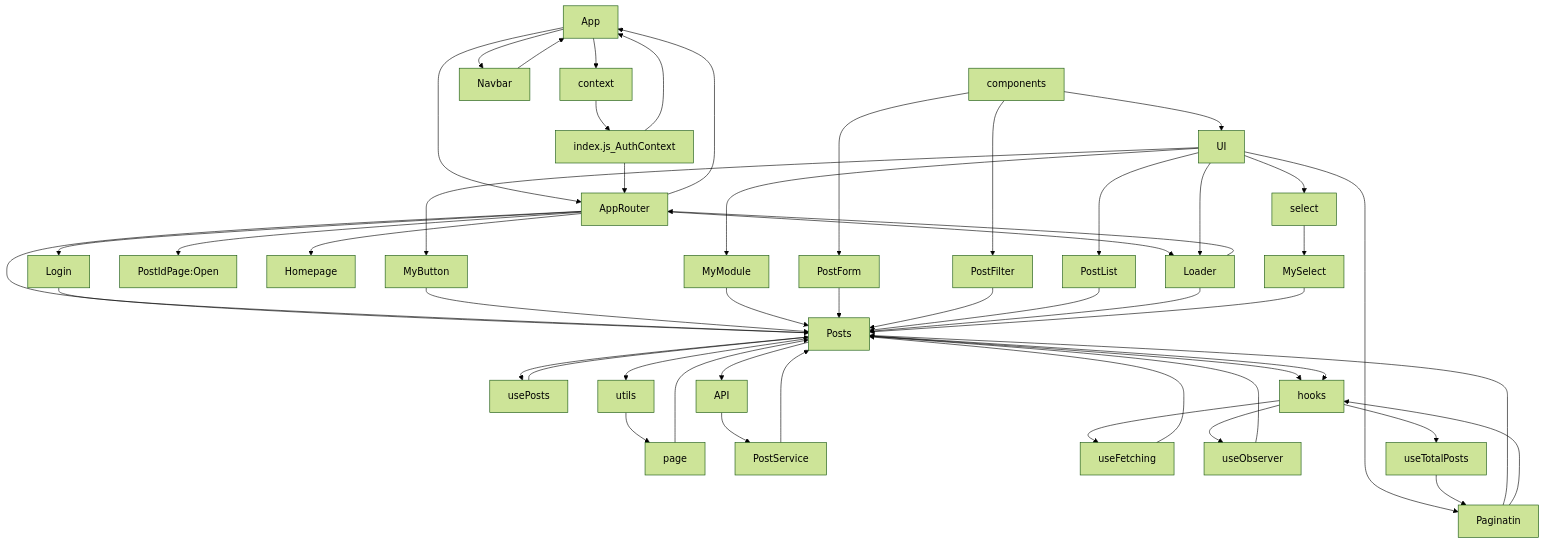
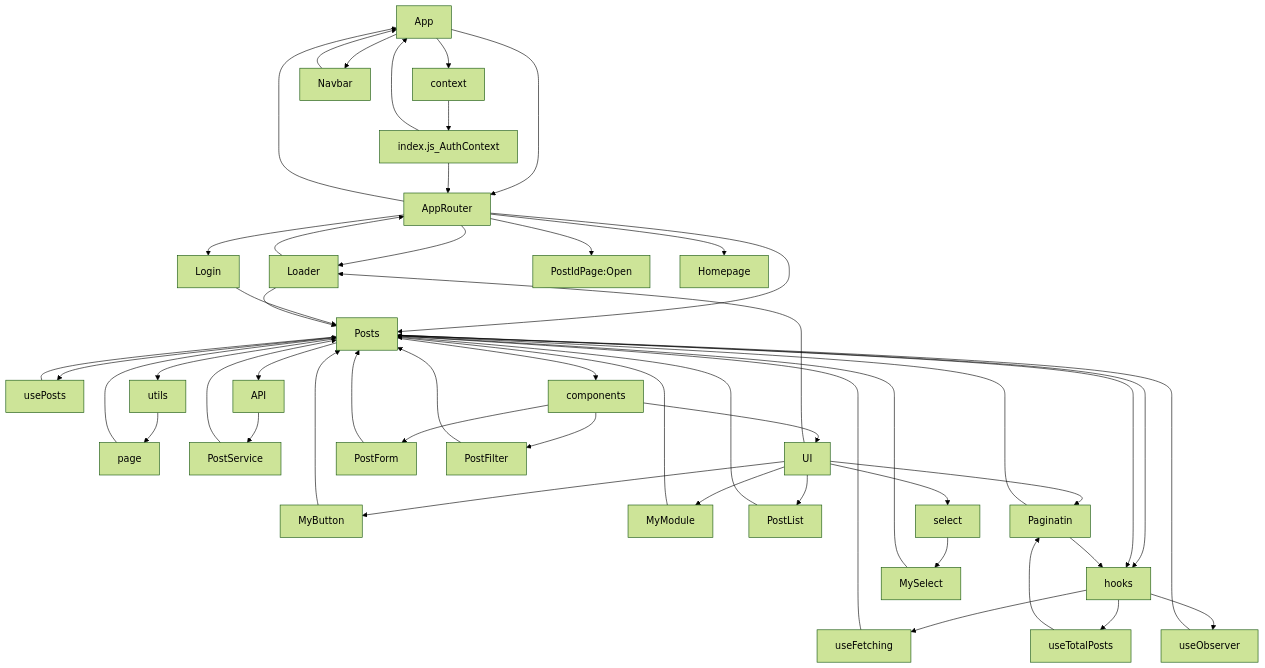
Before and after one commit to Freeze35/test-react-project: the first of 2 diagrams in README.md, drawn with Mermaid (forest theme).

````diff
--- a/README.md
+++ b/README.md
@@ -112,40 +112,40 @@
 ```mermaid
 graph TD;
    App-->context-->index.js_AuthContext-->App
    App-->Navbar
    App-->AppRouter
    Navbar-->App
    AppRouter-->App
    index.js_AuthContext-->AppRouter
    AppRouter-->Loader
    Loader-->AppRouter
    AppRouter-->Posts
    AppRouter-->Login
    Login-->Posts
    AppRouter-->PostIdPage:Open
    AppRouter-->Homepage
    Posts-->usePosts-->Posts
    Posts-->utils-->page-->Posts
    Posts-->API-->PostService-->Posts
-   components-->UI-->MyButton
+   Posts-->components-->UI-->MyButton
    MyButton-->Posts
    UI-->MyModule-->Posts
    components-->PostForm
    PostForm-->Posts
    components-->PostFilter
    PostFilter-->Posts
    UI-->PostList
    PostList-->Posts
    UI-->Loader
    Loader-->Posts
    UI-->Paginatin
    Paginatin-->Posts
    Posts-->hooks-->useFetching
    useFetching-->Posts
    Posts-->hooks-->useObserver
    useObserver-->Posts
    UI-->select-->MySelect
    MySelect-->Posts
    Paginatin-->hooks-->useTotalPosts-->Paginatin
    
 ```
````
